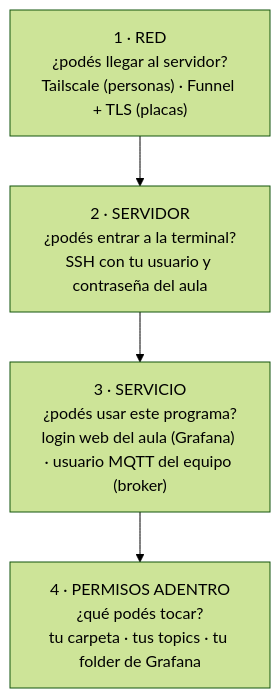
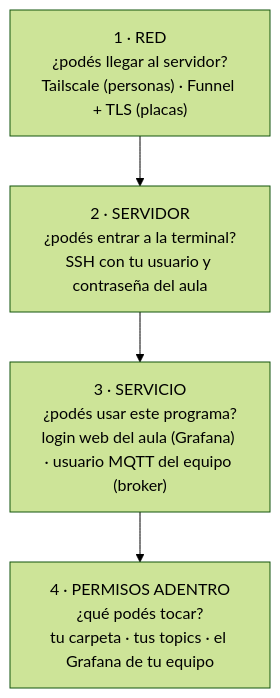
Before and after one commit to resourceldg/homelab: the fourth of 5 diagrams in docs/handbook/red-y-accesos.md, drawn with Mermaid (forest theme). The commit also changed other lines of this file and 17 other files, not shown here.

First line of the commit message:
docs: el Grafana del aula ahora es una organización por equipo

````diff
--- a/docs/handbook/red-y-accesos.md
+++ b/docs/handbook/red-y-accesos.md
@@ -197,8 +197,8 @@
 ```mermaid
 flowchart TB
   C1["1 · RED<br/>¿podés llegar al servidor?<br/>Tailscale (personas) · Funnel + TLS (placas)"]
   C2["2 · SERVIDOR<br/>¿podés entrar a la terminal?<br/>SSH con tu usuario y contraseña del aula"]
   C3["3 · SERVICIO<br/>¿podés usar este programa?<br/>login web del aula (Grafana) · usuario MQTT del equipo (broker)"]
-  C4["4 · PERMISOS ADENTRO<br/>¿qué podés tocar?<br/>tu carpeta · tus topics · tu folder de Grafana"]
+  C4["4 · PERMISOS ADENTRO<br/>¿qué podés tocar?<br/>tu carpeta · tus topics · el Grafana de tu equipo"]
   C1 --> C2 --> C3 --> C4
 ```
````
